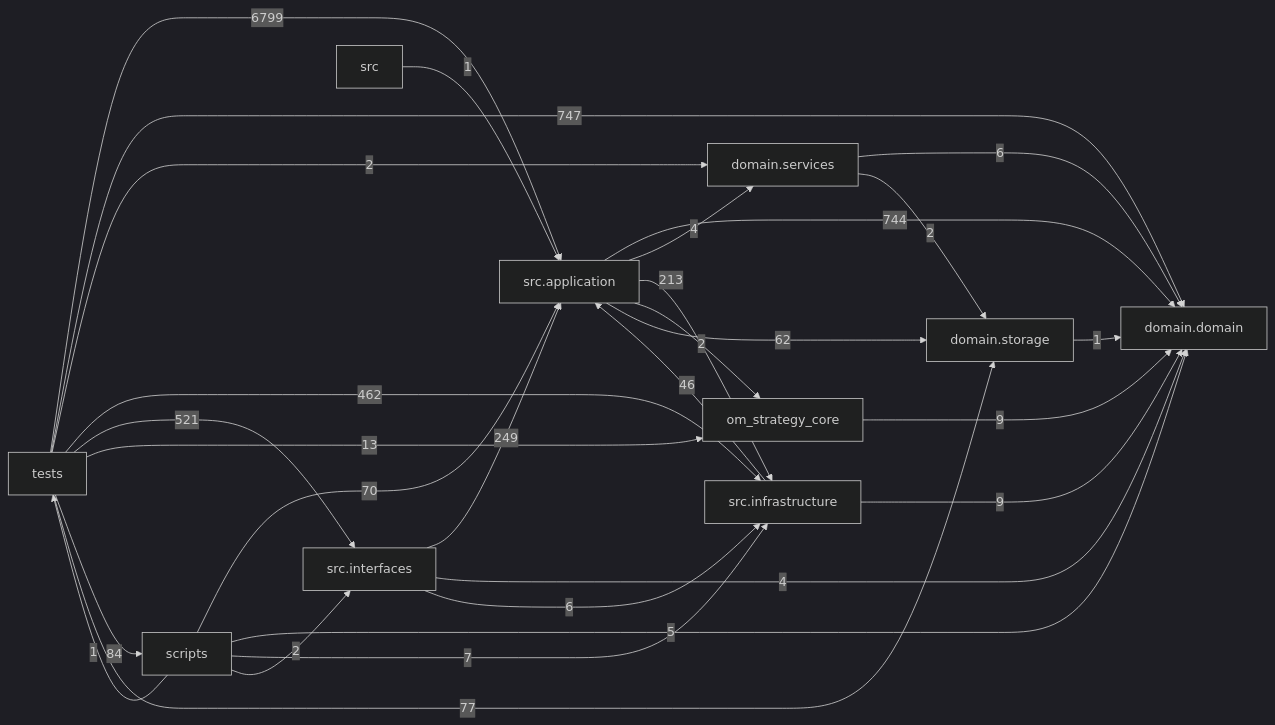
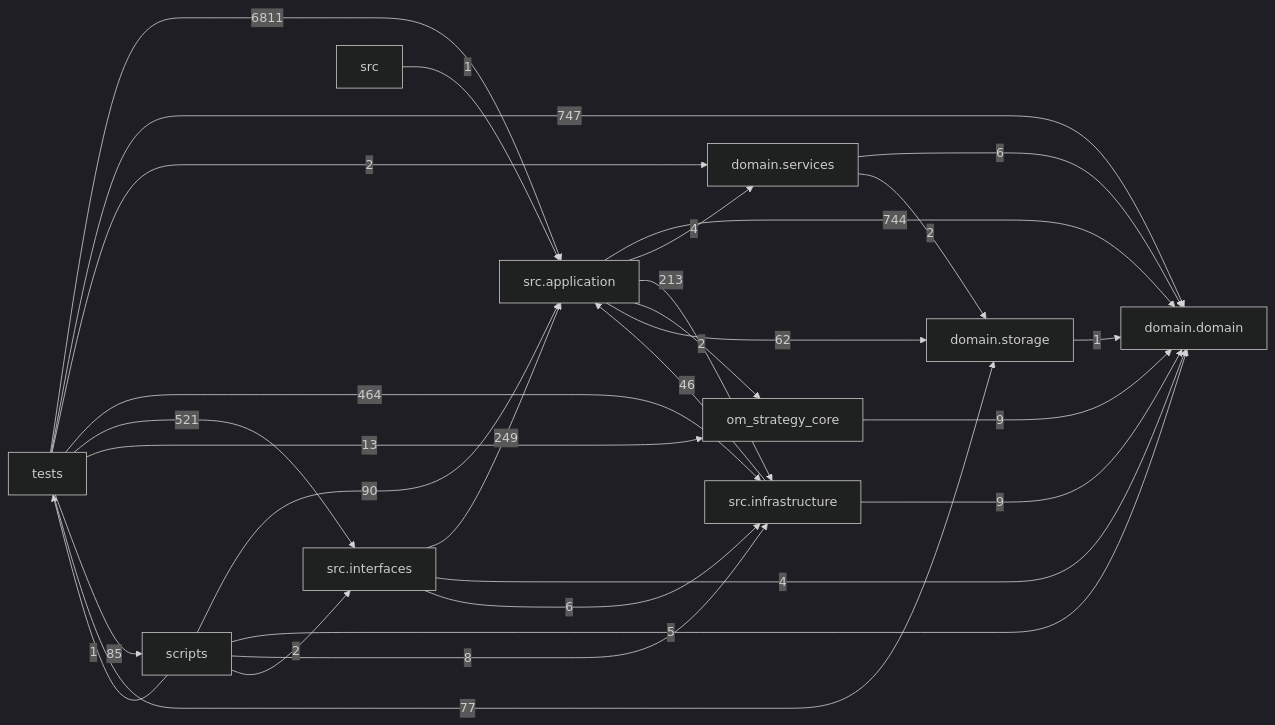
One commit to liuxie066/options-monitor changed the diagram in docs/DEPENDENCY_GRAPH.md. Above: the diagram before and after it, drawn with Mermaid (dark theme). The commit also changed other lines of this file and 13 other files, not shown here.

````diff
--- a/docs/DEPENDENCY_GRAPH.md
+++ b/docs/DEPENDENCY_GRAPH.md
@@ -24,39 +24,39 @@
 ```mermaid
 flowchart LR
   tests["tests"]
   scripts["scripts"]
   interfaces["src.interfaces"]
   application["src.application"]
   infrastructure["src.infrastructure"]
   domain_services["domain.services"]
   domain["domain.domain"]
   storage["domain.storage"]
   application -->|744| domain
   application -->|4| domain_services
   application -->|213| infrastructure
   application -->|2| om_strategy_core
   application -->|62| storage
   domain_services -->|6| domain
   domain_services -->|2| storage
   infrastructure -->|46| application
   infrastructure -->|9| domain
   interfaces -->|249| application
   interfaces -->|4| domain
   interfaces -->|6| infrastructure
   om_strategy_core -->|9| domain
-  scripts -->|70| application
+  scripts -->|90| application
   scripts -->|5| domain
-  scripts -->|7| infrastructure
+  scripts -->|8| infrastructure
   scripts -->|2| interfaces
   scripts -->|1| tests
   src -->|1| application
   storage -->|1| domain
-  tests -->|6799| application
+  tests -->|6811| application
   tests -->|747| domain
   tests -->|2| domain_services
-  tests -->|462| infrastructure
+  tests -->|464| infrastructure
   tests -->|521| interfaces
   tests -->|13| om_strategy_core
-  tests -->|84| scripts
+  tests -->|85| scripts
   tests -->|77| storage
 ```
````
